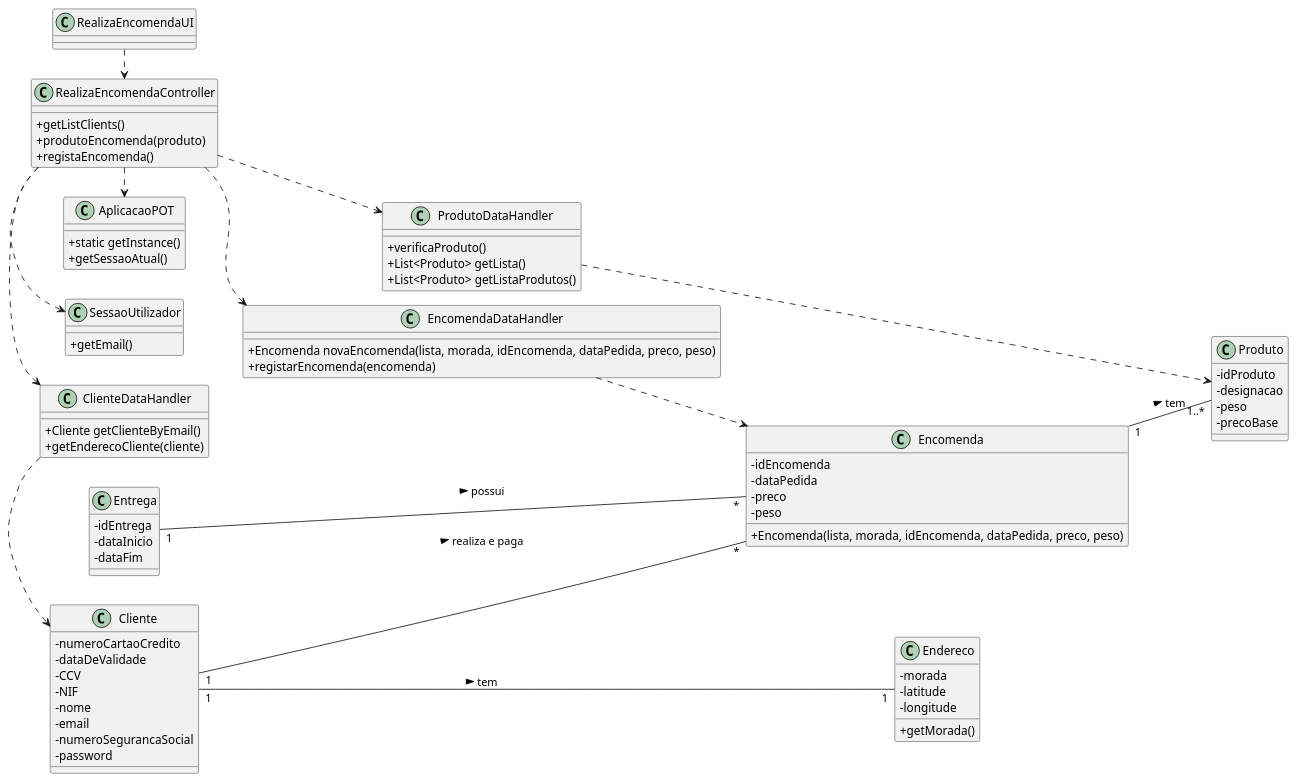
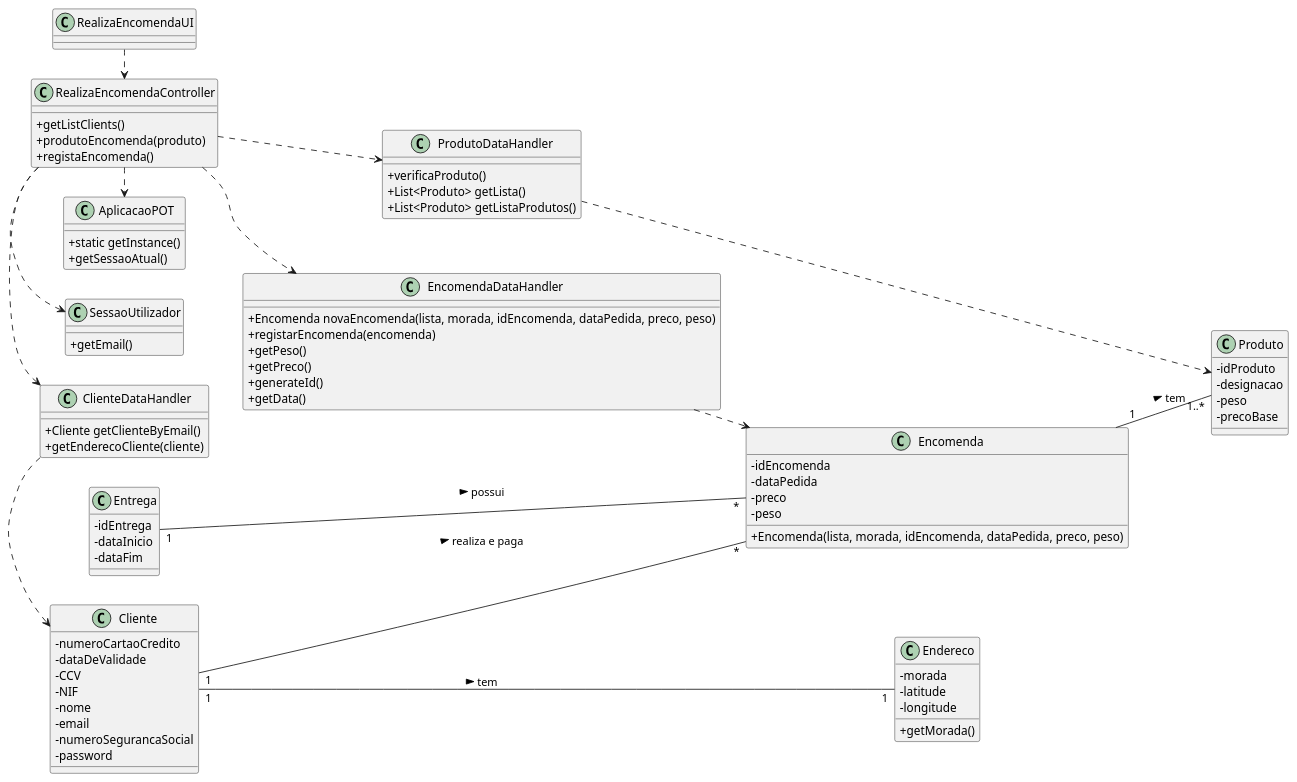
The diagram in docs/UC25/CD.puml (pedrolemos4/LAPR3), drawn with PlantUML before and after one commit. The commit also changed 3 other files, not shown here.

```diff
--- a/docs/UC25/CD.puml
+++ b/docs/UC25/CD.puml
@@ -1,101 +1,105 @@
 @startuml
 skinparam classAttributeIconSize 0
 left to right direction
 
 
 class RealizaEncomendaUI {
     
 }
 
 class RealizaEncomendaController {
     +getListClients()
     +produtoEncomenda(produto)
     +registaEncomenda()
 }
 
 class ClienteDataHandler {
     +Cliente getClienteByEmail()
     +getEnderecoCliente(cliente)
 }
 
 class ProdutoDataHandler {
     +verificaProduto()
     +List<Produto> getLista()
     +List<Produto> getListaProdutos()
 }
 
 class EncomendaDataHandler {
     +Encomenda novaEncomenda(lista, morada, idEncomenda, dataPedida, preco, peso)
     +registarEncomenda(encomenda)
+    +getPeso()
+    +getPreco()
+    +generateId()
+    +getData()
 }
 
 class AplicacaoPOT
 {
   +static getInstance()
   +getSessaoAtual()
 }
 
 class SessaoUtilizador
 {
   +getEmail()
 }
 
 
 
 class Entrega {
   -idEntrega
   -dataInicio
   -dataFim
 }
 
 class Encomenda {
   -idEncomenda
   -dataPedida
   -preco
   -peso
   +Encomenda(lista, morada, idEncomenda, dataPedida, preco, peso)
 }
 
 class Produto {
   -idProduto
   -designacao
   -peso
   -precoBase
 }
 
 class Endereco {
   -morada
   -latitude
   -longitude
   +getMorada()
 }
 
 class Cliente {
   -numeroCartaoCredito
   -dataDeValidade
   -CCV
   -NIF
   -nome
   -email
   -numeroSegurancaSocial
   -password
 }
 
 RealizaEncomendaUI .> RealizaEncomendaController
 RealizaEncomendaController .> SessaoUtilizador
 RealizaEncomendaController .> AplicacaoPOT
 RealizaEncomendaController .> ClienteDataHandler
 RealizaEncomendaController .> ProdutoDataHandler
 RealizaEncomendaController .> EncomendaDataHandler
 
 ClienteDataHandler .> Cliente
 ProdutoDataHandler .> Produto
 EncomendaDataHandler .> Encomenda
 
 
 Entrega "1" -- "*" Encomenda : possui >
 Cliente "1" -- "*" Encomenda: realiza e paga >
 Encomenda "1" -- "1..*" Produto: tem >
 Cliente "1" -- "1" Endereco: tem >
 
 @enduml
```
